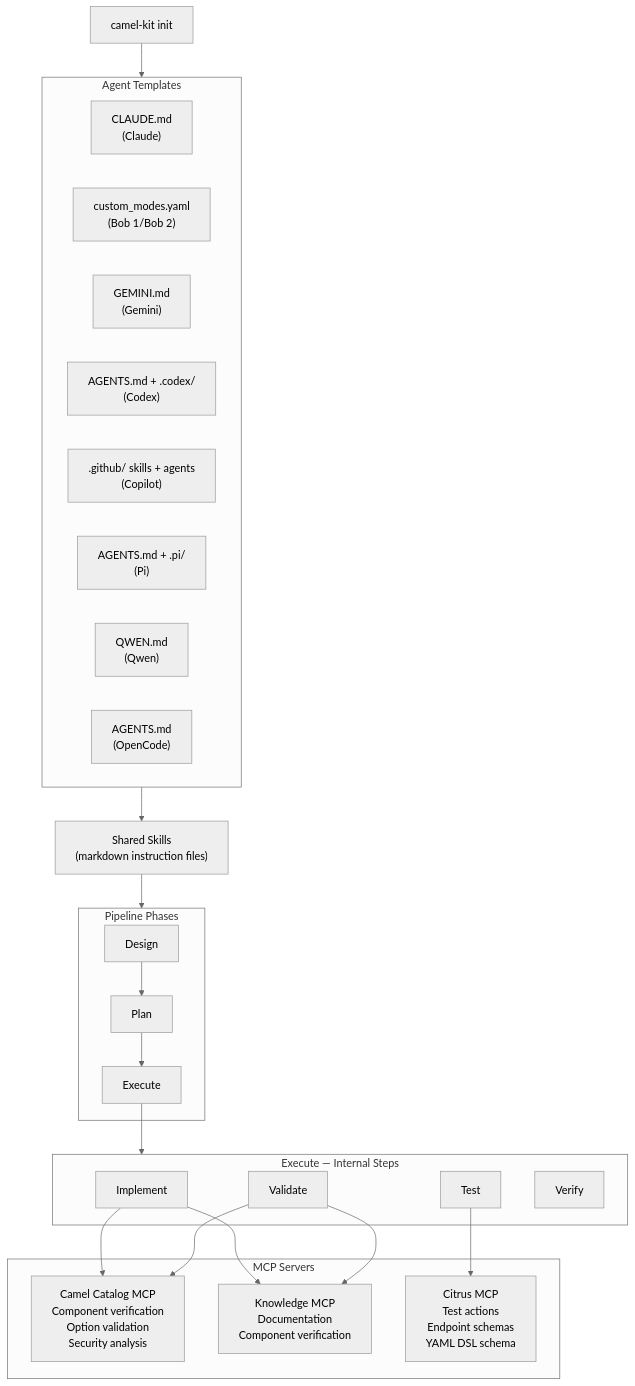
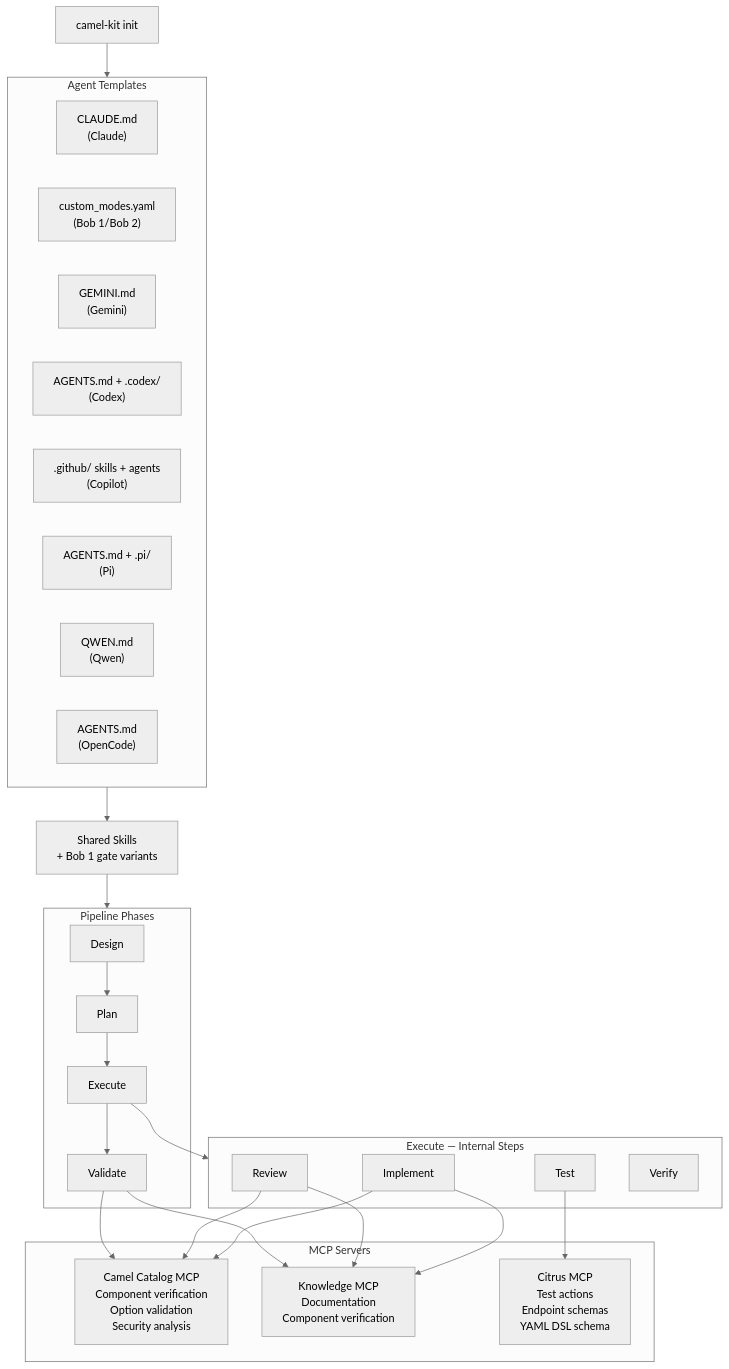
The seventh of 7 diagrams in docs/camel-kit-overview.md (luigidemasi/camel-kit), drawn with Mermaid (neutral theme) before and after one commit. The commit also changed other lines of this file and 213 other files, not shown here.

````diff
--- a/docs/camel-kit-overview.md
+++ b/docs/camel-kit-overview.md
@@ -356,45 +346,48 @@
 ```mermaid
 flowchart TB
     init["camel-kit init"]
 
     subgraph templates ["Agent Templates"]
         claude["CLAUDE.md\n(Claude)"]
         bob["custom_modes.yaml\n(Bob 1/Bob 2)"]
         gemini["GEMINI.md\n(Gemini)"]
         codex["AGENTS.md + .codex/\n(Codex)"]
         copilot[".github/ skills + agents\n(Copilot)"]
         pi["AGENTS.md + .pi/\n(Pi)"]
         qwen["QWEN.md\n(Qwen)"]
         opencode["AGENTS.md\n(OpenCode)"]
     end
 
-    skills["Shared Skills\n(markdown instruction files)"]
+    skills["Shared Skills\n+ Bob 1 gate variants"]
 
     subgraph pipeline ["Pipeline Phases"]
         design["Design"]
         plan["Plan"]
         execute["Execute"]
+        quality["Validate"]
     end
 
     subgraph internal ["Execute — Internal Steps"]
         implement["Implement"]
-        validate["Validate"]
+        review["Review"]
         test["Test"]
         verify["Verify"]
     end
 
     subgraph mcp ["MCP Servers"]
         catalog["Camel Catalog MCP\nComponent verification\nOption validation\nSecurity analysis"]
         knowledge["Knowledge MCP\nDocumentation\nComponent verification"]
         citrus["Citrus MCP\nTest actions\nEndpoint schemas\nYAML DSL schema"]
     end
 
     init --> templates
     templates --> skills
     skills --> pipeline
-    design --> plan --> execute
+    design --> plan --> execute --> quality
     execute --> internal
-    implement & validate --> catalog
-    implement & validate --> knowledge
+    implement & review --> catalog
+    implement & review --> knowledge
+    quality --> catalog
+    quality --> knowledge
     test --> citrus
 ```
````
